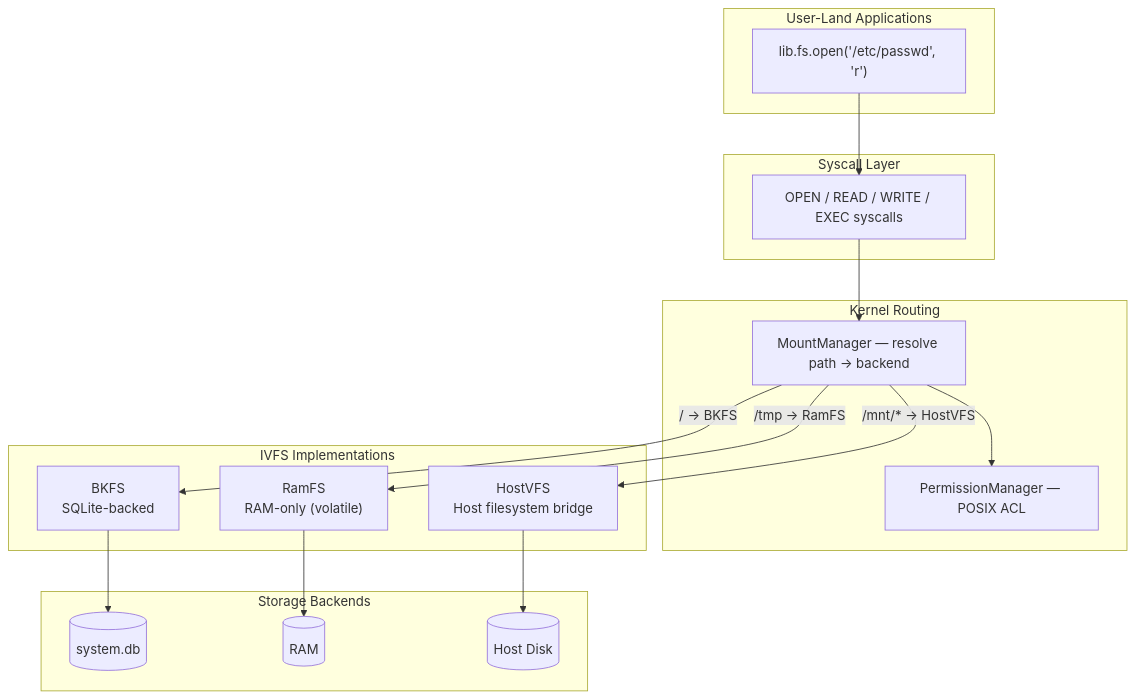
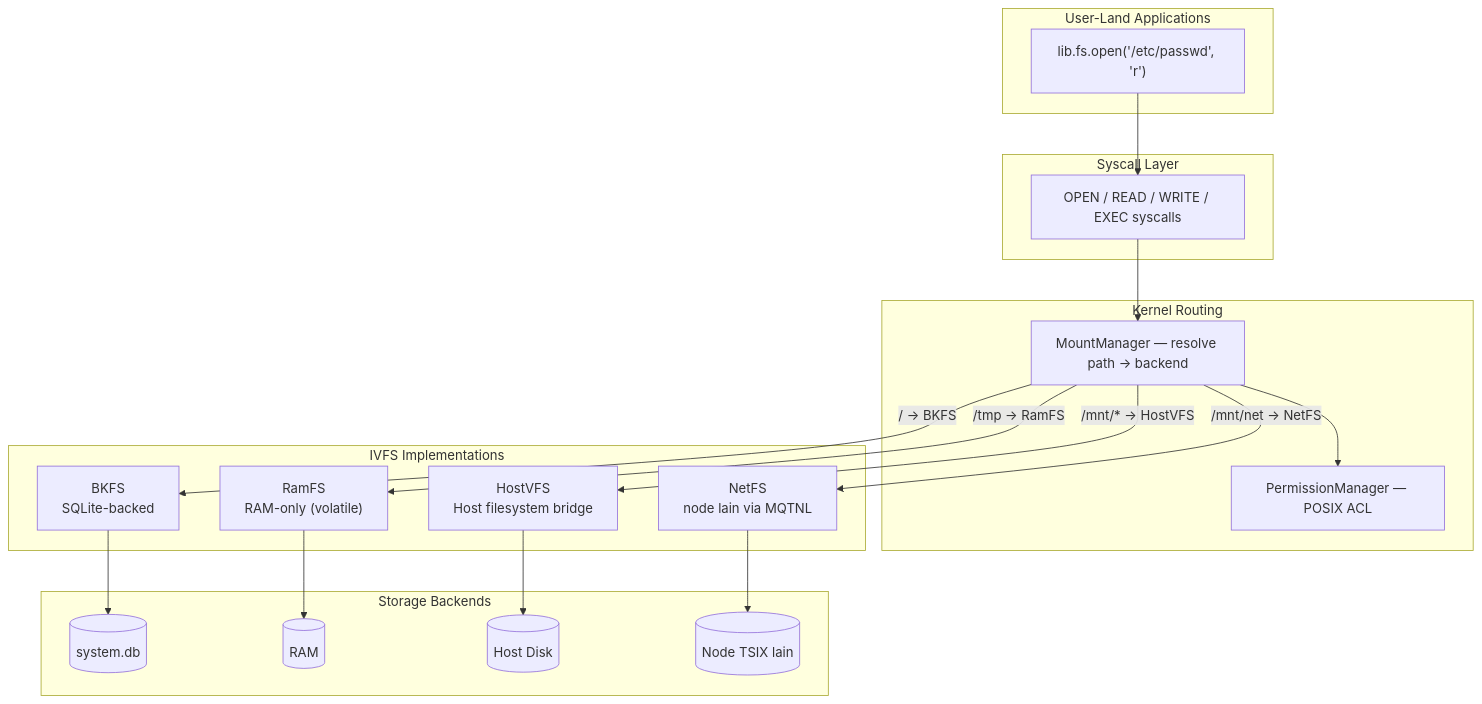
The first of 2 diagrams in wiki/Virtual-File-System.md (codeforged/tsix), drawn with Mermaid before and after one commit. The commit also changed other lines of this file and 32 other files, not shown here.

First line of the commit message:
feat(netfs): filesystem antar-node lewat MQTNL (driver VFS + netfsd SL/klien)

````diff
--- a/wiki/Virtual-File-System.md
+++ b/wiki/Virtual-File-System.md
@@ -33,37 +39,41 @@
 ```mermaid
 graph TD
     subgraph Applications ["User-Land Applications"]
         App["lib.fs.open('/etc/passwd', 'r')"]
     end
 
     subgraph SyscallLayer ["Syscall Layer"]
         SC["OPEN / READ / WRITE / EXEC syscalls"]
     end
 
     subgraph Kernel ["Kernel Routing"]
         MM["MountManager — resolve path → backend"]
         PM["PermissionManager — POSIX ACL"]
     end
 
     subgraph VFSBackends ["IVFS Implementations"]
         BKFS["BKFS<br/>SQLite-backed"]
         RamFS["RamFS<br/>RAM-only (volatile)"]
         HostVFS["HostVFS<br/>Host filesystem bridge"]
+        NetFS["NetFS<br/>node lain via MQTNL"]
     end
 
     subgraph Storage ["Storage Backends"]
         DB[("system.db")]
         RAM[("RAM")]
         DISK[("Host Disk")]
+        REMOTE[("Node TSIX lain")]
     end
 
     App --> SC
     SC --> MM
     MM --> PM
     MM -->|"/" → BKFS| BKFS
     MM -->|"/tmp" → RamFS| RamFS
     MM -->|"/mnt/*" → HostVFS| HostVFS
+    MM -->|"/mnt/net" → NetFS| NetFS
     BKFS --> DB
     RamFS --> RAM
     HostVFS --> DISK
+    NetFS --> REMOTE
 ```
````
